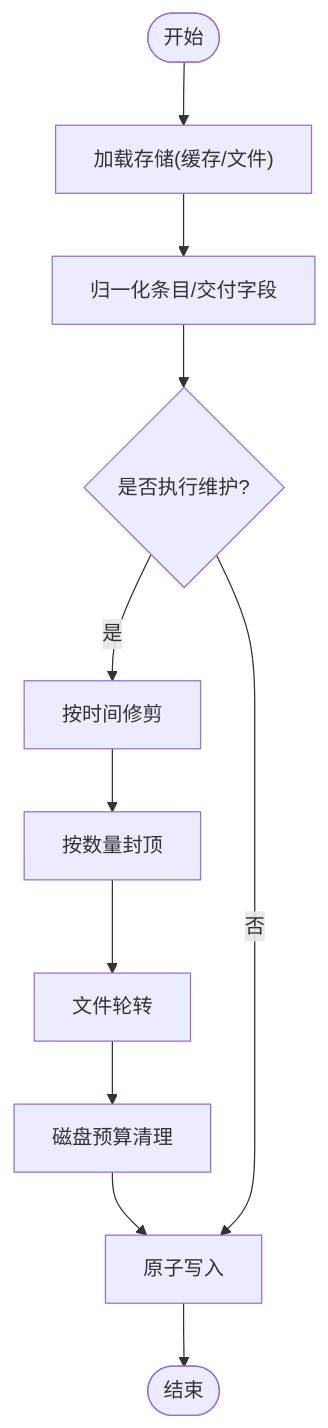
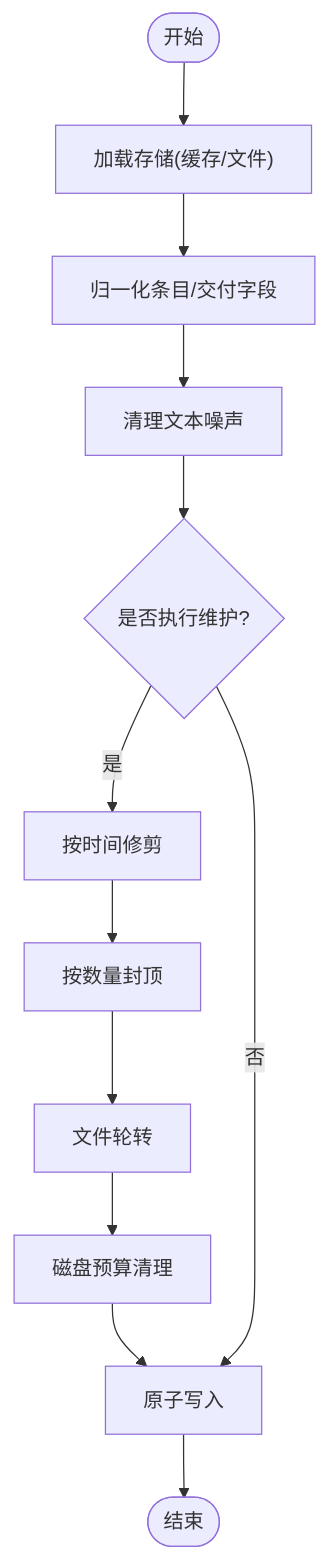
One commit to verse-ai-org/openclaw changed the fourth of 15 diagrams in .qoder/repowiki/zh/content/核心概念/会话管理.md. Above: the diagram before and after it, drawn with Mermaid. The commit also changed other lines of this file and 55 other files, not shown here.

````diff
--- a/.qoder/repowiki/zh/content/核心概念/会话管理.md
+++ b/.qoder/repowiki/zh/content/核心概念/会话管理.md
@@ -299,13 +342,14 @@
 ```mermaid
 flowchart TD
 Start(["开始"]) --> Load["加载存储(缓存/文件)"]
 Load --> Normalize["归一化条目/交付字段"]
-Normalize --> Maintenance{"是否执行维护?"}
+Normalize --> TextClean["清理文本噪声"]
+TextClean --> Maintenance{"是否执行维护?"}
 Maintenance --> |是| Prune["按时间修剪"]
 Prune --> Cap["按数量封顶"]
 Cap --> Rotate["文件轮转"]
 Rotate --> Budget["磁盘预算清理"]
 Budget --> Atomic["原子写入"]
 Maintenance --> |否| Atomic
 Atomic --> End(["结束"])
 ```
````
